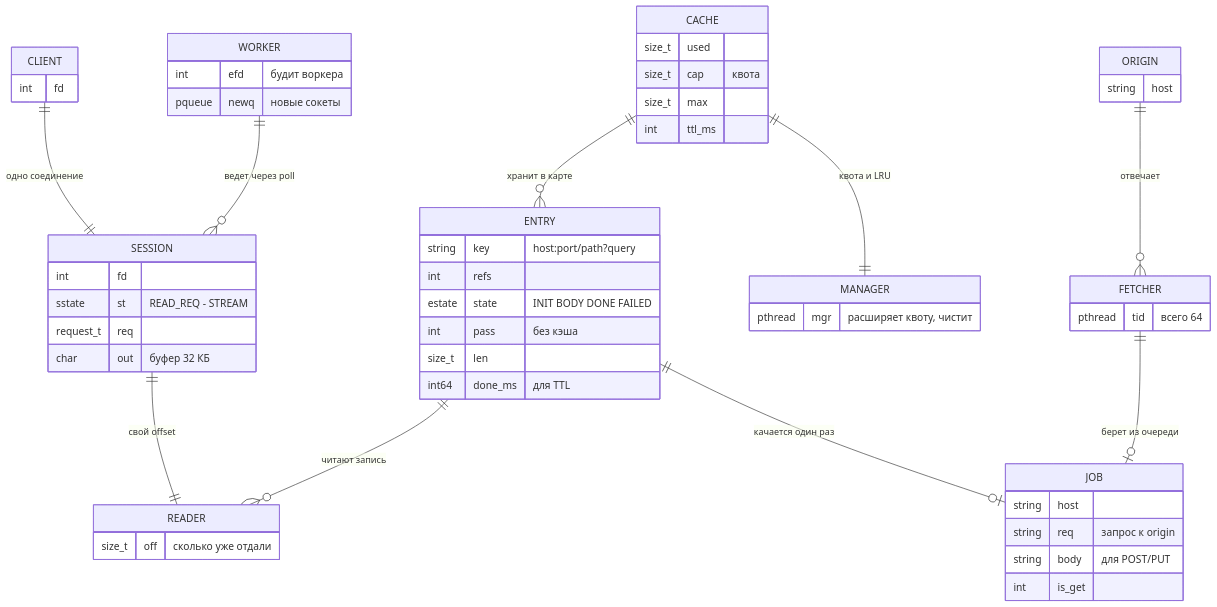
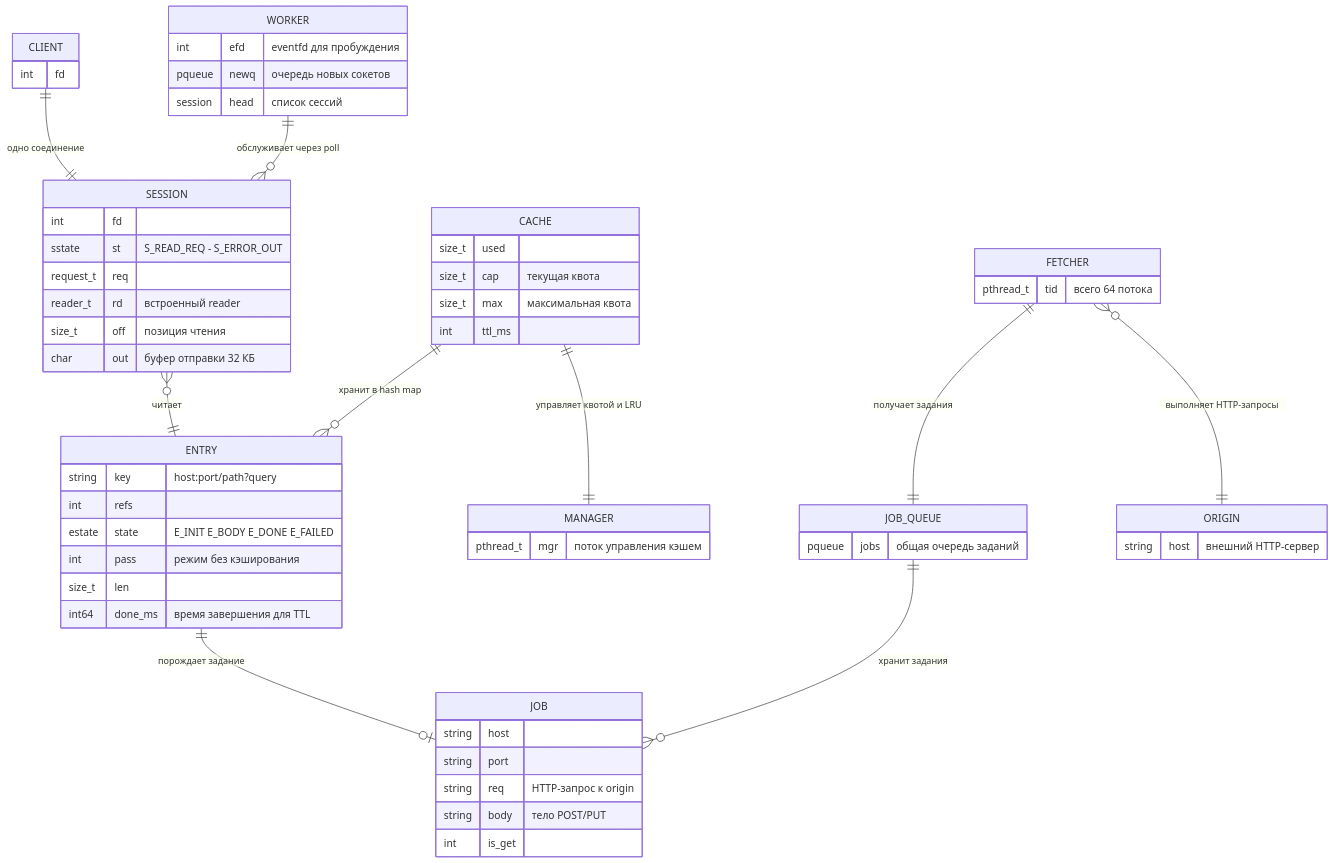
Before and after one commit to KorsunDaria/OC2_labs: the diagram in 3_part/proxy/README.md, drawn with Mermaid. The commit also changed other lines of this file, not shown here.

Commit message:
add comments

````diff
--- a/3_part/proxy/README.md
+++ b/3_part/proxy/README.md
@@ -13,58 +16,63 @@
 ```mermaid
 erDiagram
     CLIENT ||--|| SESSION : "одно соединение"
-    WORKER ||--o{ SESSION : "ведет через poll"
-    SESSION ||--|| READER : "свой offset"
-    ENTRY ||--o{ READER : "читают запись"
-    CACHE ||--o{ ENTRY : "хранит в карте"
-    CACHE ||--|| MANAGER : "квота и LRU"
-    ENTRY ||--o| JOB : "качается один раз"
-    FETCHER ||--o| JOB : "берет из очереди"
-    ORIGIN ||--o{ FETCHER : "отвечает"
+    WORKER ||--o{ SESSION : "обслуживает через poll"
+    SESSION }o--|| ENTRY : "читает"
+    CACHE ||--o{ ENTRY : "хранит в hash map"
+    CACHE ||--|| MANAGER : "управляет квотой и LRU"
+    ENTRY ||--o| JOB : "порождает задание"
+    JOB_QUEUE ||--o{ JOB : "хранит задания"
+    FETCHER ||--|| JOB_QUEUE : "получает задания"
+    FETCHER }o--|| ORIGIN : "выполняет HTTP-запросы"
 
     CLIENT {
         int fd
     }
     WORKER {
-        int efd "будит воркера"
-        pqueue newq "новые сокеты"
+        int efd "eventfd для пробуждения"
+        pqueue newq "очередь новых сокетов"
+        session head "список сессий"
     }
     SESSION {
-        int fd 
-        sstate st "READ_REQ - STREAM"
+        int fd
+        sstate st "S_READ_REQ - S_ERROR_OUT"
         request_t req
-        char out "буфер 32 КБ"
-    }
-    READER {
-        size_t off "сколько уже отдали"
+        reader_t rd "встроенный reader"
+        size_t off "позиция чтения"
+        char out "буфер отправки 32 КБ"
     }
     CACHE {
         size_t used
-        size_t cap "квота"
-        size_t max
+        size_t cap "текущая квота"
+        size_t max "максимальная квота"
         int ttl_ms
     }
     ENTRY {
         string key "host:port/path?query"
         int refs
-        estate state "INIT BODY DONE FAILED"
-        int pass "без кэша"
+        estate state "E_INIT E_BODY E_DONE E_FAILED"
+        int pass "режим без кэширования"
         size_t len
-        int64 done_ms "для TTL"
+        int64 done_ms "время завершения для TTL"
     }
     MANAGER {
-        pthread mgr "расширяет квоту, чистит"
+        pthread_t mgr "поток управления кэшем"
+    }
+
+    JOB_QUEUE {
+        pqueue jobs "общая очередь заданий"
     }
     JOB {
         string host
-        string req "запрос к origin"
-        string body "для POST/PUT"
+        string port
+        string req "HTTP-запрос к origin"
+        string body "тело POST/PUT"
         int is_get
     }
     FETCHER {
-        pthread tid "всего 64"
+        pthread_t tid "всего 64 потока"
     }
     ORIGIN {
-        string host
+        string host "внешний HTTP-сервер"
     }
 ```
````
